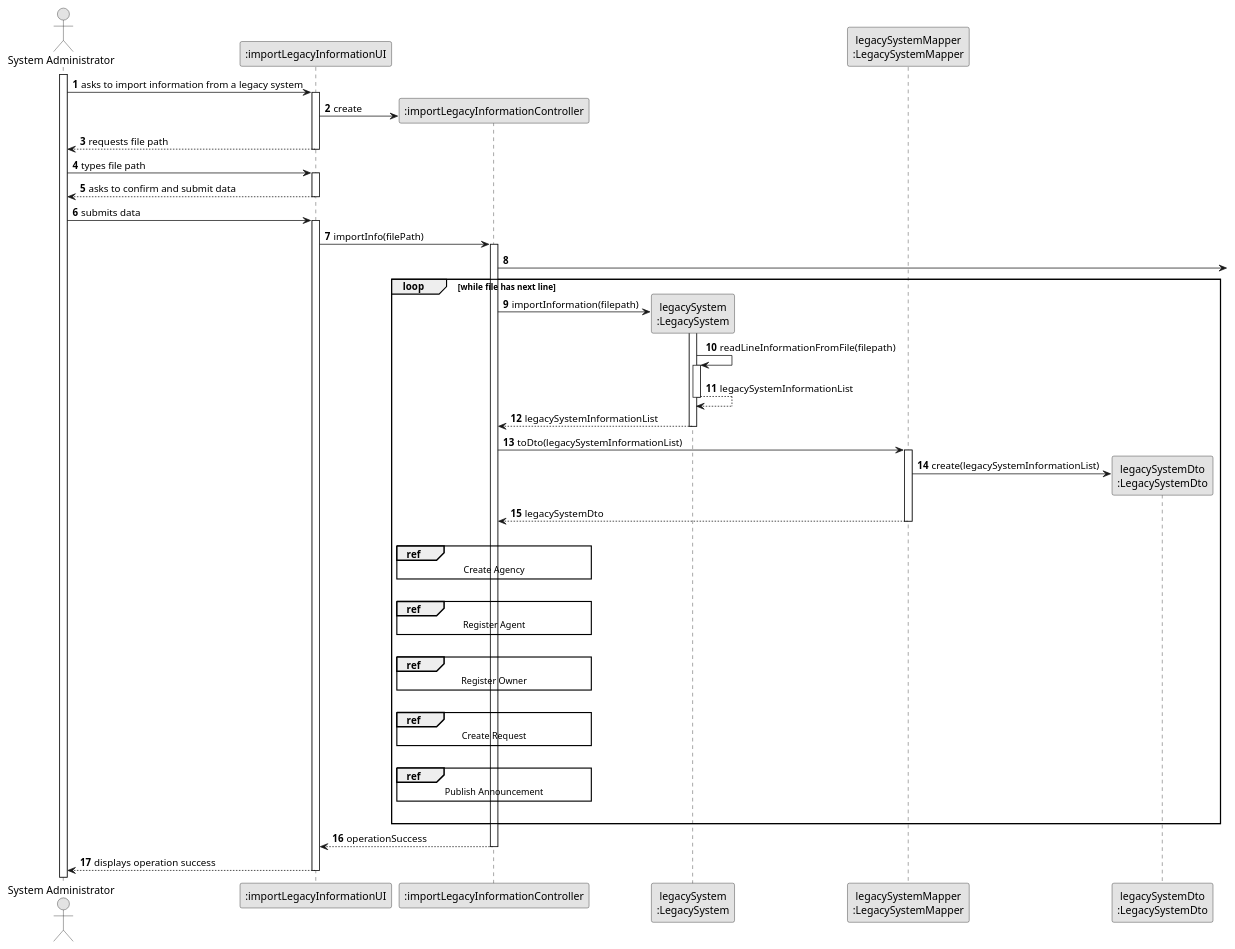
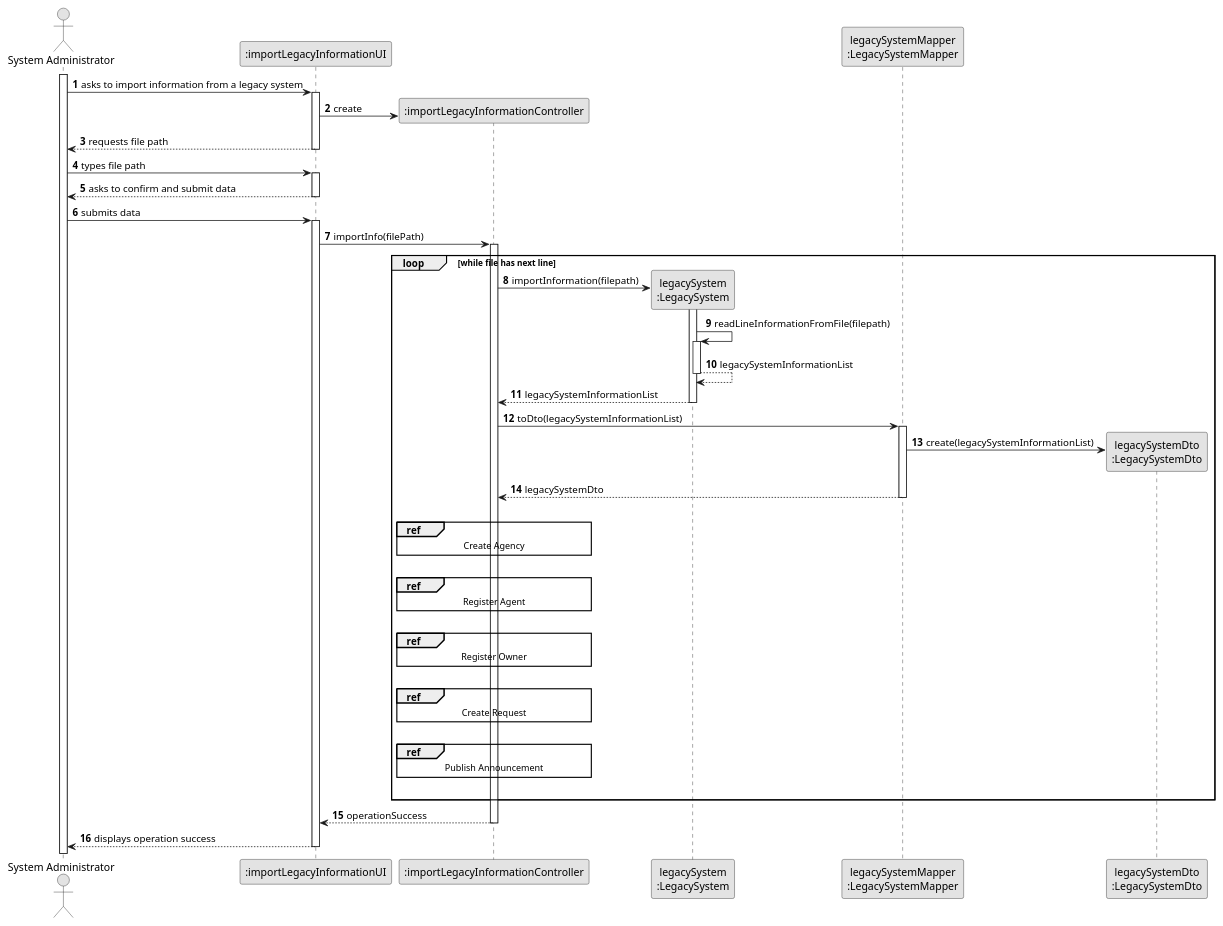
One commit to rita-barbosa/LAPR2-2223 changed the diagram in docs/sprintC/us012/03.design/puml/us012-sequence-diagram-split.puml. Above: the diagram before and after it, drawn with PlantUML.

Commit message:
Update sequence diagram [US012][Design]

```diff
--- a/docs/sprintC/us012/03.design/puml/us012-sequence-diagram-split.puml
+++ b/docs/sprintC/us012/03.design/puml/us012-sequence-diagram-split.puml
@@ -1,91 +1,90 @@
 @startuml
 skinparam monochrome true
 skinparam packageStyle rectangle
 skinparam shadowing false
 
 autonumber
 
 'hide footbox
 actor "System Administrator" as ADM
 participant ":importLegacyInformationUI" as UI
 participant ":importLegacyInformationController" as CTRL
 participant "legacySystem\n:LegacySystem" as LS
 participant "legacySystemMapper\n:LegacySystemMapper" as LSMapper
 participant "legacySystemDto\n:LegacySystemDto" as LSDto
 
 activate ADM
 
     ADM -> UI : asks to import information from a legacy system
     activate UI
 
     UI -> CTRL**: create
 
     UI --> ADM : requests file path
     deactivate UI
 
     ADM -> UI : types file path
     activate UI
 
     UI --> ADM : asks to confirm and submit data
     deactivate UI
 
     ADM -> UI : submits data
     activate UI
 
     UI -> CTRL: importInfo(filePath)
     activate CTRL
 
-    CTRL ->
 
     loop while file has next line
 
       CTRL -> LS** : importInformation(filepath)
       activate LS
 
       LS -> LS : readLineInformationFromFile(filepath)
       activate LS
 
       LS --> LS: legacySystemInformationList
       deactivate LS
 
      CTRL <-- LS : legacySystemInformationList
       deactivate LS
 
       CTRL -> LSMapper : toDto(legacySystemInformationList)
       activate LSMapper
 
       LSMapper -> LSDto** : create(legacySystemInformationList)
 
       LSMapper --> CTRL : legacySystemDto
       deactivate LSMapper
 
     |||
     ref over CTRL
     Create Agency
     end ref
     |||
     ref over CTRL
         Register Agent
     end ref
     |||
     ref over CTRL
         Register Owner
     end ref
     |||
     ref over CTRL
         Create Request
     end ref
     |||
     ref over CTRL
         Publish Announcement
     end ref
     |||
      end loop
 
     CTRL --> UI: operationSuccess
     deactivate CTRL
 
     UI --> ADM : displays operation success
     deactivate UI
 
 @enduml
```
